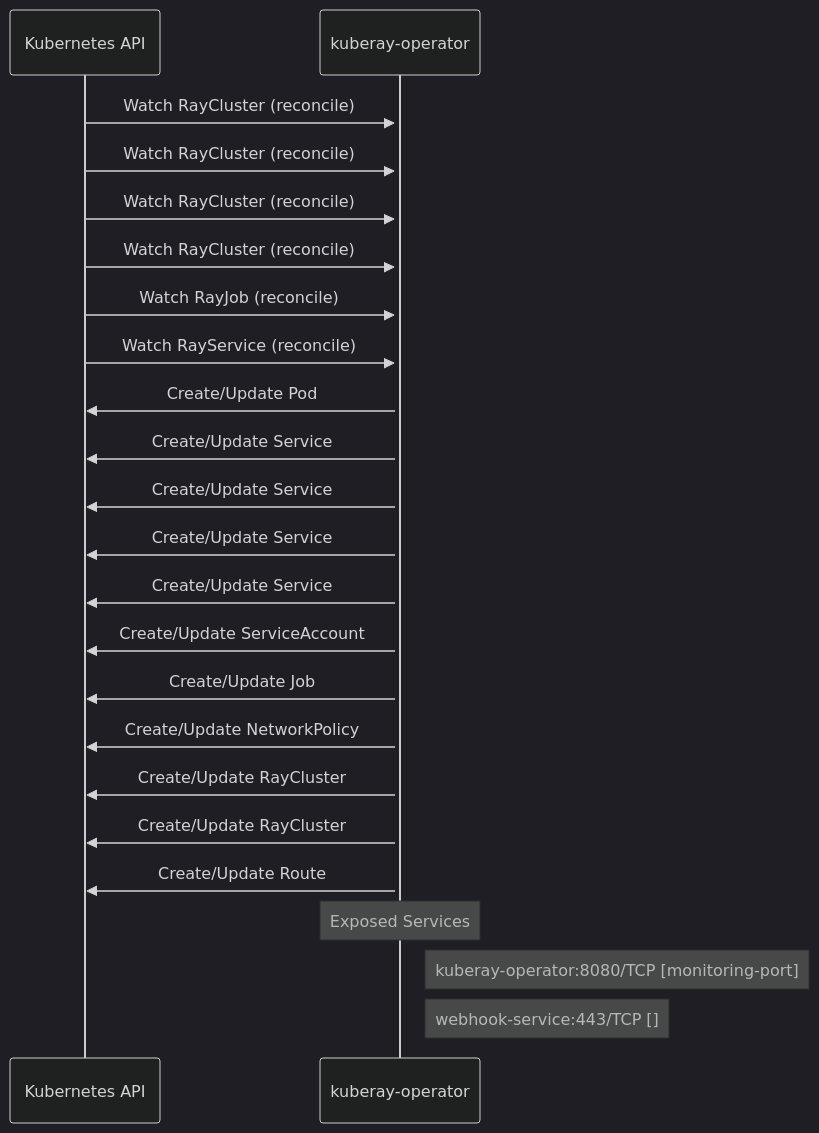
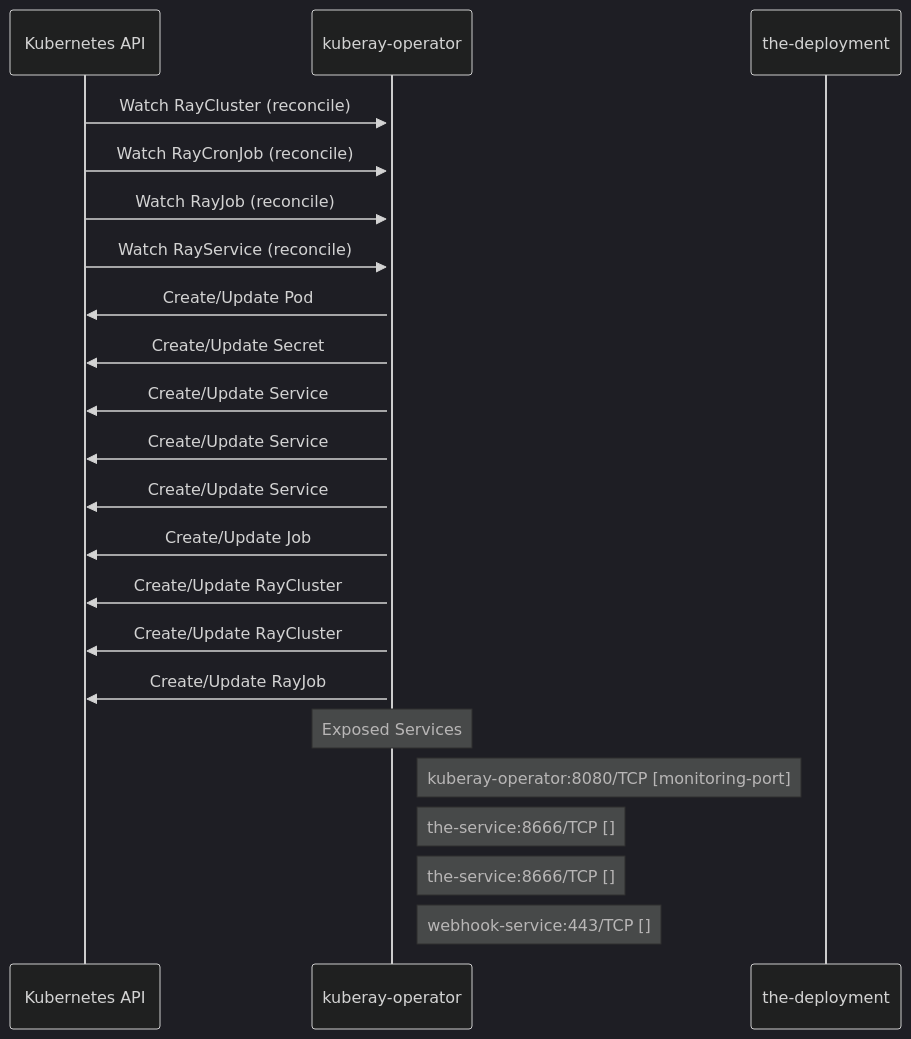
Before and after one commit to ugiordan/rhoai-architecture-analyzer: the diagram in site/docs/use-cases/odh-platform/components/kuberay/dataflow.md, drawn with Mermaid (dark theme). The commit also changed other lines of this file and 402 other files, not shown here.

````diff
--- a/site/docs/use-cases/odh-platform/components/kuberay/dataflow.md
+++ b/site/docs/use-cases/odh-platform/components/kuberay/dataflow.md
@@ -31,29 +27,28 @@
 ```mermaid
 sequenceDiagram
     %% Static dataflow for kuberay
 
     participant KubernetesAPI as Kubernetes API
     participant kuberay_operator as kuberay-operator
+    participant the_deployment as the-deployment
 
     KubernetesAPI->>+kuberay_operator: Watch RayCluster (reconcile)
-    KubernetesAPI->>+kuberay_operator: Watch RayCluster (reconcile)
-    KubernetesAPI->>+kuberay_operator: Watch RayCluster (reconcile)
-    KubernetesAPI->>+kuberay_operator: Watch RayCluster (reconcile)
+    KubernetesAPI->>+kuberay_operator: Watch RayCronJob (reconcile)
     KubernetesAPI->>+kuberay_operator: Watch RayJob (reconcile)
     KubernetesAPI->>+kuberay_operator: Watch RayService (reconcile)
     kuberay_operator->>KubernetesAPI: Create/Update Pod
+    kuberay_operator->>KubernetesAPI: Create/Update Secret
     kuberay_operator->>KubernetesAPI: Create/Update Service
     kuberay_operator->>KubernetesAPI: Create/Update Service
     kuberay_operator->>KubernetesAPI: Create/Update Service
-    kuberay_operator->>KubernetesAPI: Create/Update Service
-    kuberay_operator->>KubernetesAPI: Create/Update ServiceAccount
     kuberay_operator->>KubernetesAPI: Create/Update Job
-    kuberay_operator->>KubernetesAPI: Create/Update NetworkPolicy
     kuberay_operator->>KubernetesAPI: Create/Update RayCluster
     kuberay_operator->>KubernetesAPI: Create/Update RayCluster
-    kuberay_operator->>KubernetesAPI: Create/Update Route
+    kuberay_operator->>KubernetesAPI: Create/Update RayJob
 
     Note over kuberay_operator: Exposed Services
     Note right of kuberay_operator: kuberay-operator:8080/TCP [monitoring-port]
+    Note right of kuberay_operator: the-service:8666/TCP []
+    Note right of kuberay_operator: the-service:8666/TCP []
     Note right of kuberay_operator: webhook-service:443/TCP []
 ```
````
